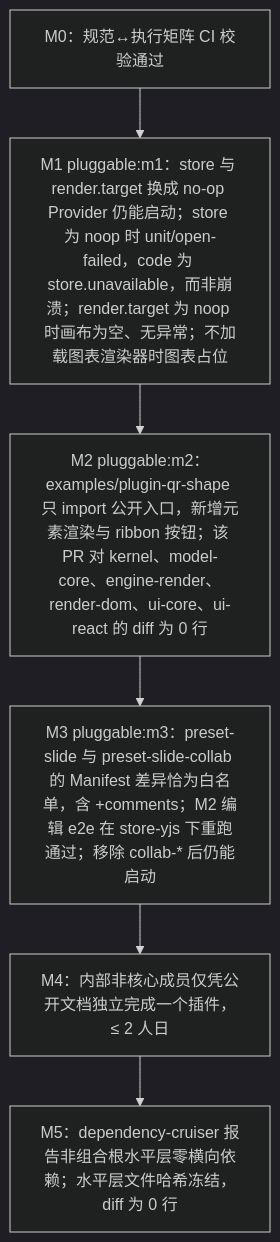
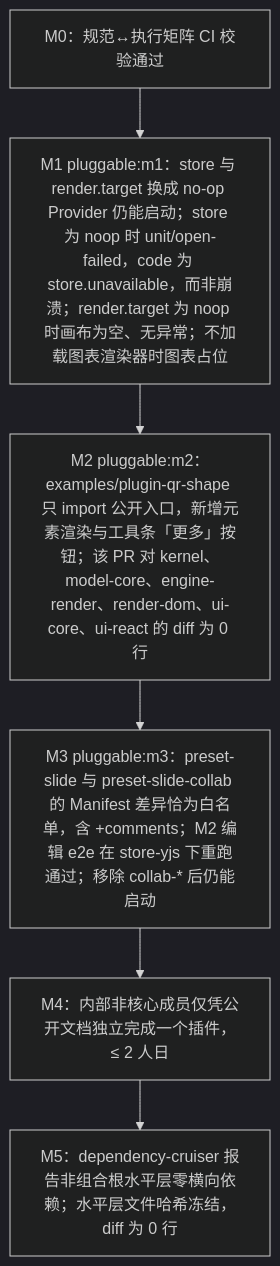
The third of 4 diagrams in docs/10-prd/05-milestones-and-scope.md (Xeonice/cordis-ppt-editor), drawn with Mermaid (dark theme) before and after one commit. The commit also changed other lines of this file and 16 other files, not shown here.

First line of the commit message:
docs(prd): 按设计语言 v3 改读需求表述（第 0–3 批与母版视图改版）

````diff
--- a/docs/10-prd/05-milestones-and-scope.md
+++ b/docs/10-prd/05-milestones-and-scope.md
@@ -63,10 +63,10 @@
 ```mermaid
 flowchart TB
   m0["M0：规范↔执行矩阵 CI 校验通过"]
   m1["M1 pluggable:m1：store 与 render.target 换成 no-op Provider 仍能启动；store 为 noop 时 unit/open-failed，code 为 store.unavailable，而非崩溃；render.target 为 noop 时画布为空、无异常；不加载图表渲染器时图表占位"]
-  m2["M2 pluggable:m2：examples/plugin-qr-shape 只 import 公开入口，新增元素渲染与 ribbon 按钮；该 PR 对 kernel、model-core、engine-render、render-dom、ui-core、ui-react 的 diff 为 0 行"]
+  m2["M2 pluggable:m2：examples/plugin-qr-shape 只 import 公开入口，新增元素渲染与工具条「更多」按钮；该 PR 对 kernel、model-core、engine-render、render-dom、ui-core、ui-react 的 diff 为 0 行"]
   m3["M3 pluggable:m3：preset-slide 与 preset-slide-collab 的 Manifest 差异恰为白名单，含 +comments；M2 编辑 e2e 在 store-yjs 下重跑通过；移除 collab-* 后仍能启动"]
   m4["M4：内部非核心成员仅凭公开文档独立完成一个插件，≤ 2 人日"]
   m5["M5：dependency-cruiser 报告非组合根水平层零横向依赖；水平层文件哈希冻结，diff 为 0 行"]
   m0 --> m1 --> m2 --> m3 --> m4 --> m5
 ```
````
